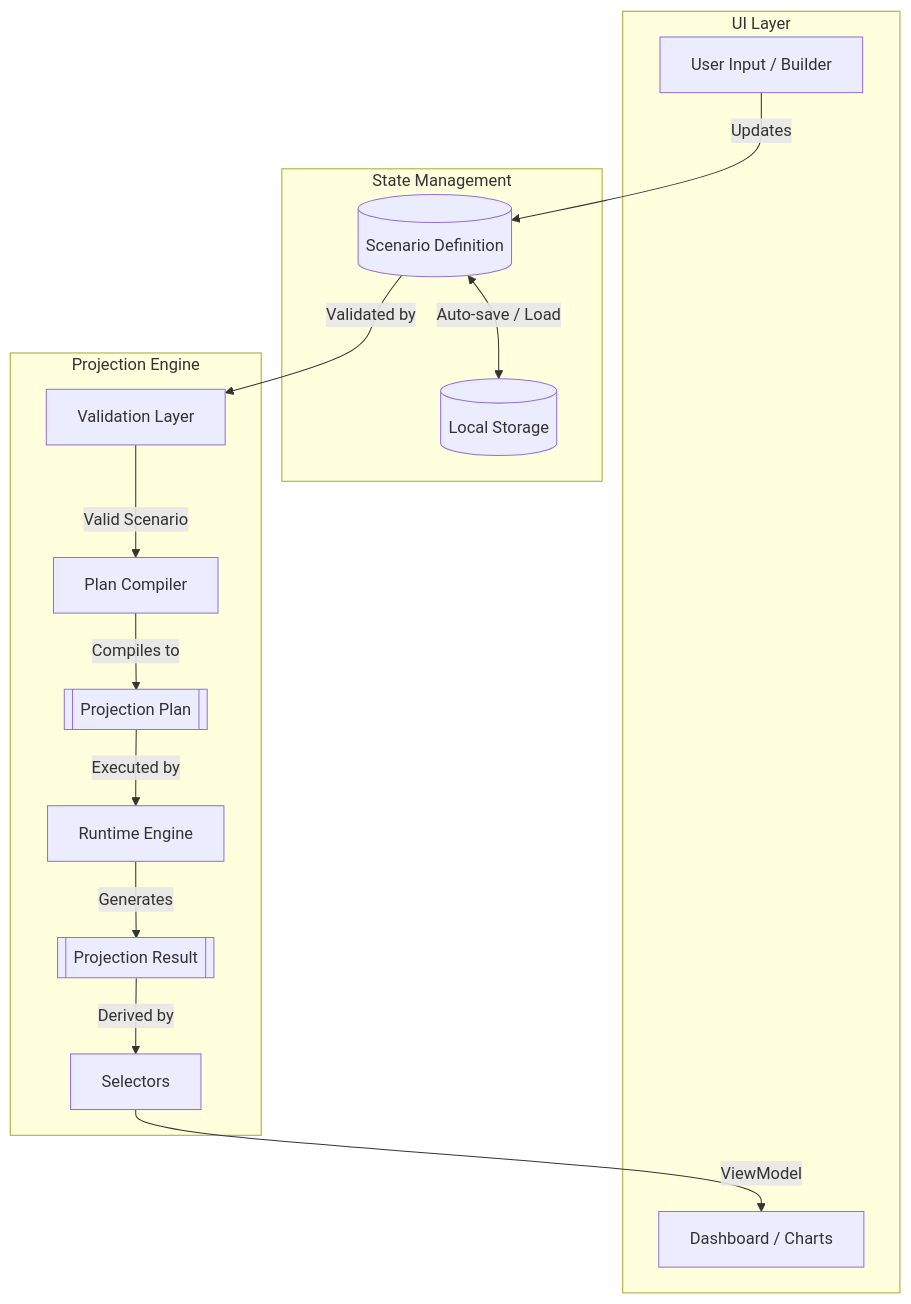
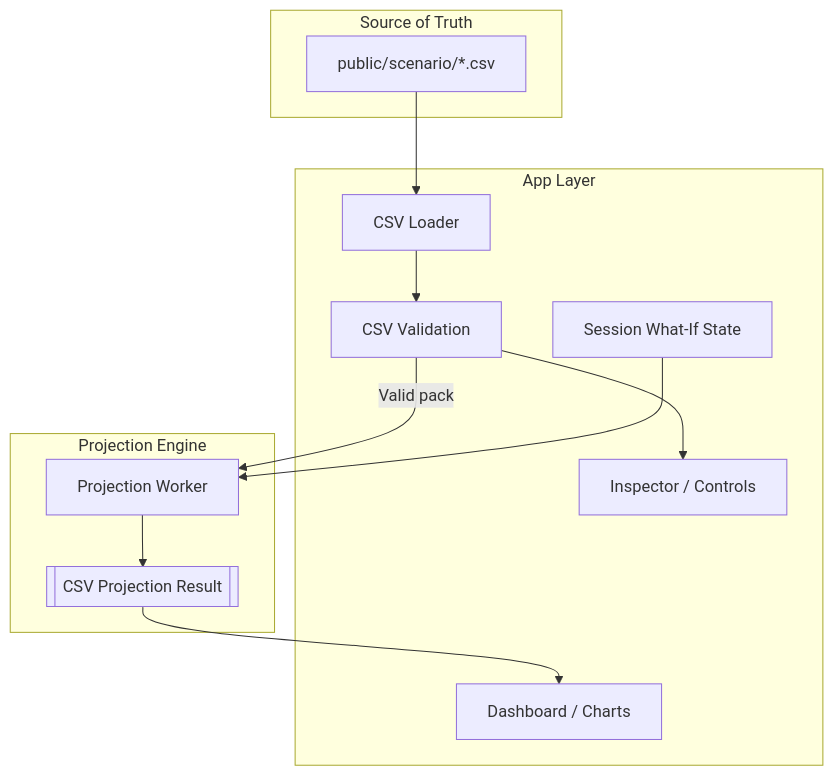
Before and after one commit to SimHoZebs/net-worth-estimator: the first of 3 diagrams in TECHNICAL_OVERVIEW.md, drawn with Mermaid. The commit also changed other lines of this file and 13 other files, not shown here.

````diff
--- a/TECHNICAL_OVERVIEW.md
+++ b/TECHNICAL_OVERVIEW.md
@@ -17,31 +18,27 @@
 ```mermaid
 graph TD
-    subgraph UI Layer
-        UI[User Input / Builder]
+    subgraph Source of Truth
+        CSV[public/scenario/*.csv]
+    end
+
+    subgraph App Layer
+        Load[CSV Loader]
+        Val[CSV Validation]
+        WhatIf[Session What-If State]
+        UI[Inspector / Controls]
         Dash[Dashboard / Charts]
     end
 
-    subgraph State Management
-        SD[(Scenario Definition)]
-        LS[(Local Storage)]
+    subgraph Projection Engine
+        Worker[Projection Worker]
+        Proj[[CSV Projection Result]]
     end
 
-    subgraph Projection Engine
-        Val[Validation Layer]
-        Comp[Plan Compiler]
-        PP[[Projection Plan]]
-        RT[Runtime Engine]
-        PR[[Projection Result]]
-        Sel[Selectors]
-    end
-
-    UI -->|Updates| SD
-    SD <-->|Auto-save / Load| LS
-    SD -->|Validated by| Val
-    Val -->|Valid Scenario| Comp
-    Comp -->|Compiles to| PP
-    PP -->|Executed by| RT
-    RT -->|Generates| PR
-    PR -->|Derived by| Sel
-    Sel -->|ViewModel| Dash
+    CSV --> Load
+    Load --> Val
+    Val --> UI
+    Val -->|Valid pack| Worker
+    WhatIf --> Worker
+    Worker --> Proj
+    Proj --> Dash
 ```
````
